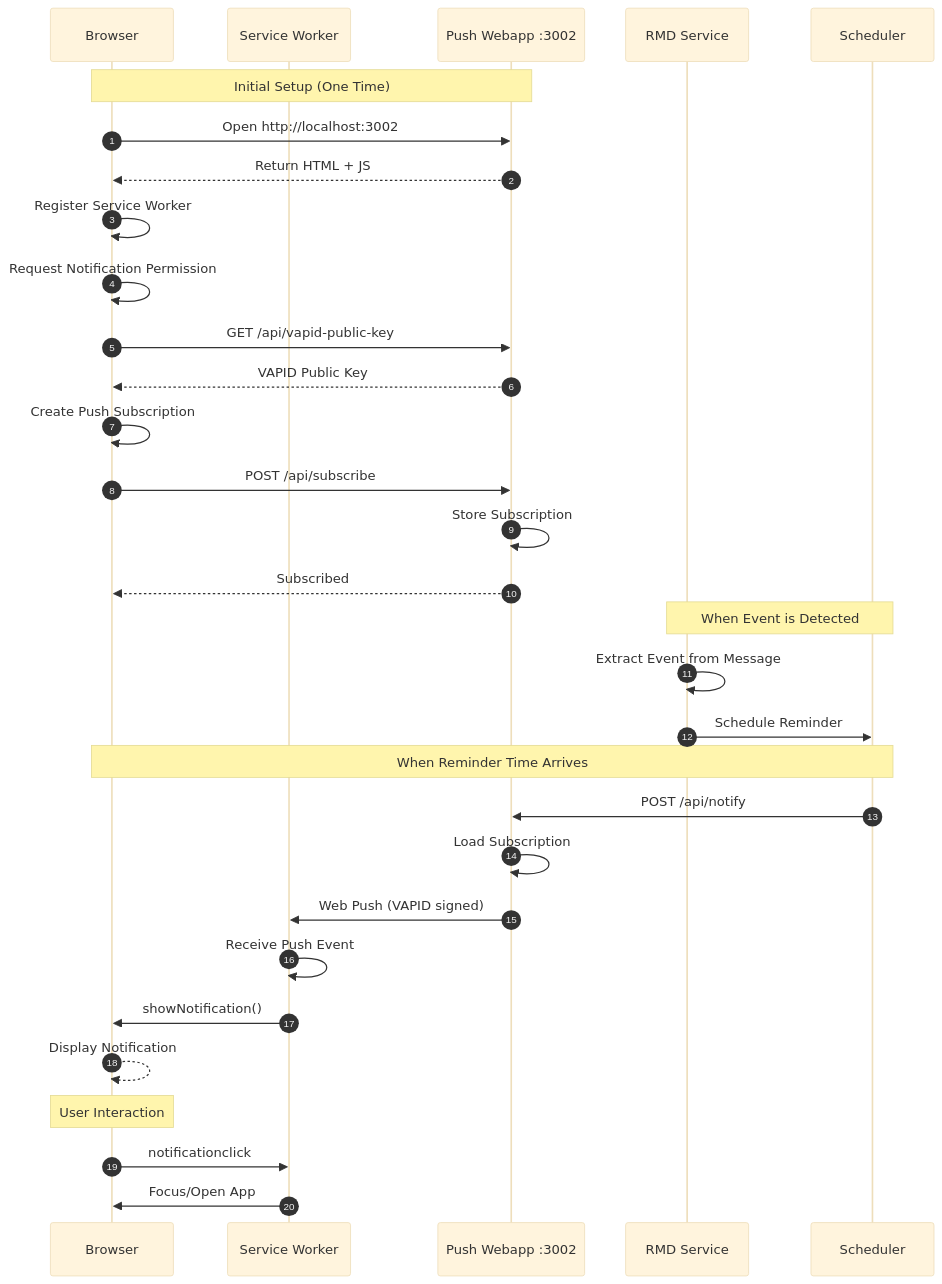
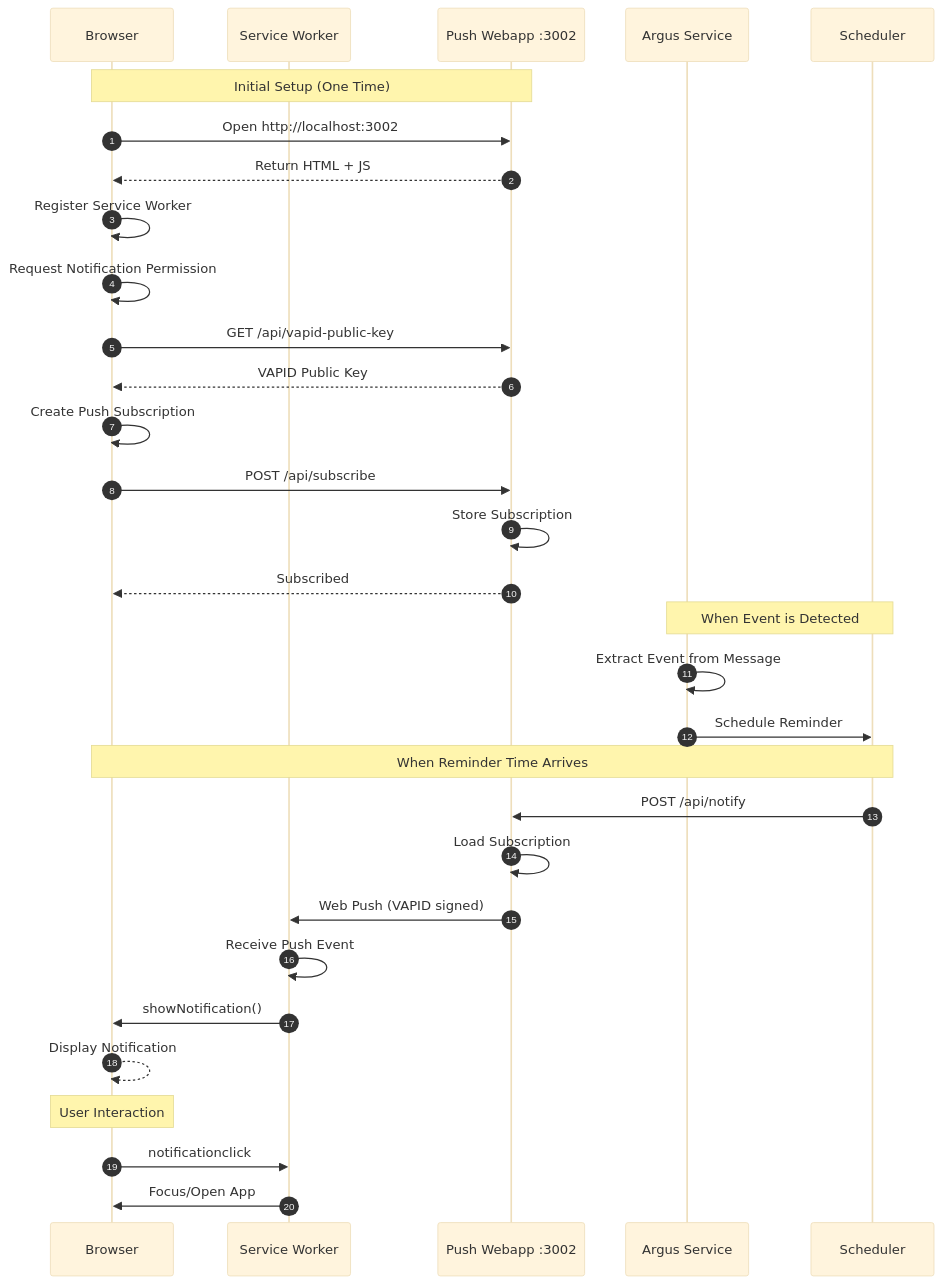
One commit to nityam2007/whatsapp-chat-rmd changed the diagram in docs/diagrams/04-push-notification-flow.mmd. Above: the diagram before and after it, drawn with Mermaid (base theme). The commit also changed 15 other files, not shown here.

First line of the commit message:
feat: rebrand to Argus + export architecture diagrams

```diff
--- a/docs/diagrams/04-push-notification-flow.mmd
+++ b/docs/diagrams/04-push-notification-flow.mmd
@@ -1,35 +1,35 @@
 sequenceDiagram
     autonumber
     participant Browser as Browser
     participant SW as Service Worker
     participant WebApp as Push Webapp :3002
-    participant RMD as RMD Service
+    participant ARGUS as Argus Service
     participant Scheduler as Scheduler
 
     Note over Browser,WebApp: Initial Setup (One Time)
     Browser->>WebApp: Open http://localhost:3002
     WebApp-->>Browser: Return HTML + JS
     Browser->>Browser: Register Service Worker
     Browser->>Browser: Request Notification Permission
     Browser->>WebApp: GET /api/vapid-public-key
     WebApp-->>Browser: VAPID Public Key
     Browser->>Browser: Create Push Subscription
     Browser->>WebApp: POST /api/subscribe
     WebApp->>WebApp: Store Subscription
     WebApp-->>Browser: Subscribed
 
-    Note over RMD,Scheduler: When Event is Detected
-    RMD->>RMD: Extract Event from Message
-    RMD->>Scheduler: Schedule Reminder
+    Note over ARGUS,Scheduler: When Event is Detected
+    ARGUS->>ARGUS: Extract Event from Message
+    ARGUS->>Scheduler: Schedule Reminder
     
     Note over Scheduler,Browser: When Reminder Time Arrives
     Scheduler->>WebApp: POST /api/notify
     WebApp->>WebApp: Load Subscription
     WebApp->>SW: Web Push (VAPID signed)
     SW->>SW: Receive Push Event
     SW->>Browser: showNotification()
     Browser-->>Browser: Display Notification
 
     Note over Browser: User Interaction
     Browser->>SW: notificationclick
     SW->>Browser: Focus/Open App
```
